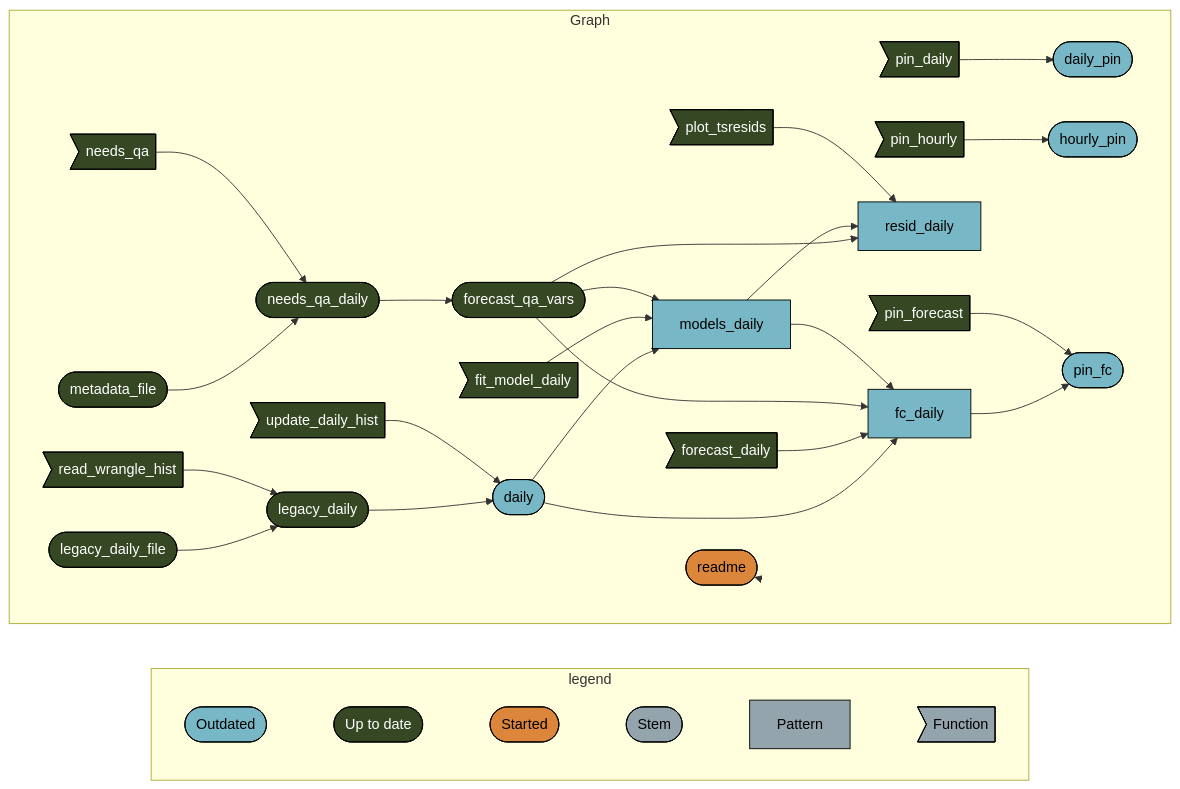
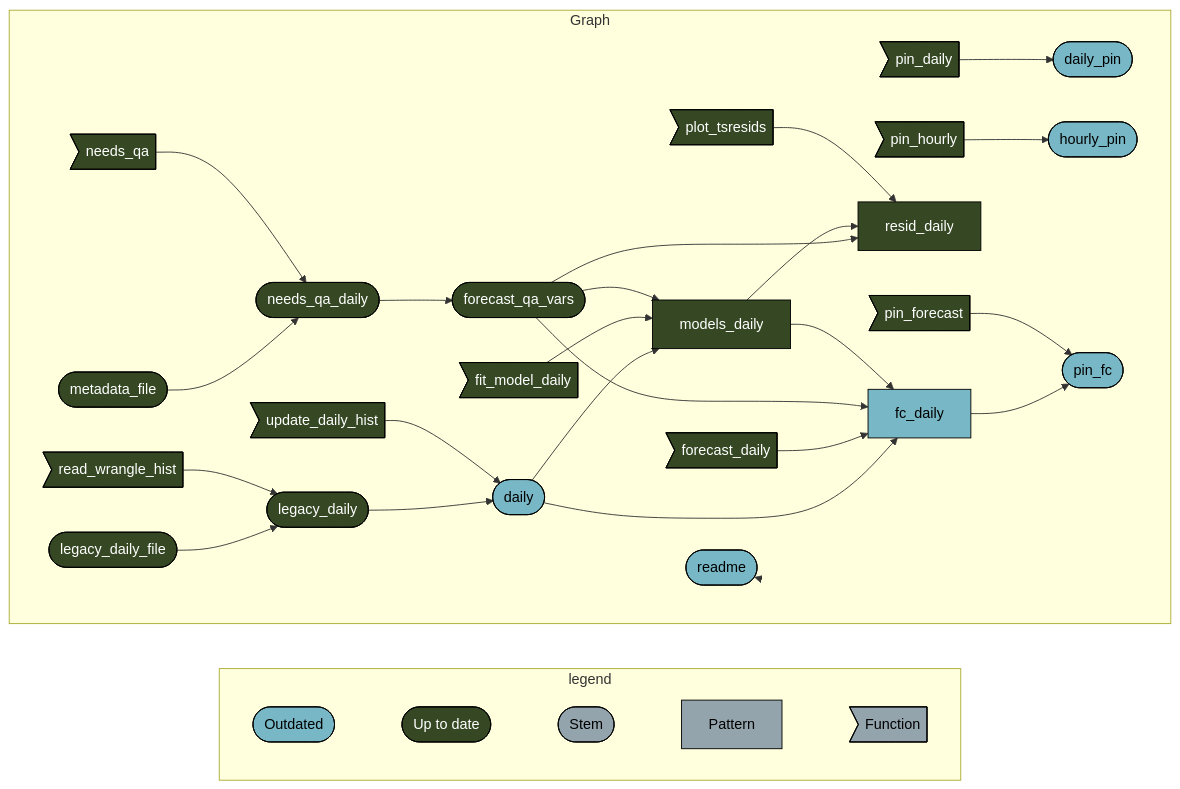
The diagram in README.md (uace-azmet/azmet-forecast-qa), drawn with Mermaid before and after one commit. The commit also changed other lines of this file and 2 other files, not shown here.

````diff
--- a/README.md
+++ b/README.md
@@ -56,46 +52,43 @@
 ``` mermaid
 graph LR
   subgraph legend
     direction LR
     x0a52b03877696646([""Outdated""]):::outdated --- x7420bd9270f8d27d([""Up to date""]):::uptodate
-    x7420bd9270f8d27d([""Up to date""]):::uptodate --- x5b3426b4c7fa7dbc([""Started""]):::started
-    x5b3426b4c7fa7dbc([""Started""]):::started --- xbf4603d6c2c2ad6b([""Stem""]):::none
+    x7420bd9270f8d27d([""Up to date""]):::uptodate --- xbf4603d6c2c2ad6b([""Stem""]):::none
     xbf4603d6c2c2ad6b([""Stem""]):::none --- x70a5fa6bea6f298d[""Pattern""]:::none
     x70a5fa6bea6f298d[""Pattern""]:::none --- xf0bce276fe2b9d3e>""Function""]:::none
   end
   subgraph Graph
     direction LR
     x77849b39697a3636>"pin_daily"]:::uptodate --> xfdd8393239dc060b(["daily_pin"]):::outdated
     x077876839e5cc13d>"pin_hourly"]:::uptodate --> x35480c72297980cb(["hourly_pin"]):::outdated
-    x601d3b0e7d261371(["forecast_qa_vars"]):::uptodate --> x0bb4ecca77d3d4a0["resid_daily"]:::outdated
-    x4d3c4dcfeadc796d["models_daily"]:::outdated --> x0bb4ecca77d3d4a0["resid_daily"]:::outdated
-    x10e889bcd8b0fd60>"plot_tsresids"]:::uptodate --> x0bb4ecca77d3d4a0["resid_daily"]:::outdated
+    x601d3b0e7d261371(["forecast_qa_vars"]):::uptodate --> x0bb4ecca77d3d4a0["resid_daily"]:::uptodate
+    x4d3c4dcfeadc796d["models_daily"]:::uptodate --> x0bb4ecca77d3d4a0["resid_daily"]:::uptodate
+    x10e889bcd8b0fd60>"plot_tsresids"]:::uptodate --> x0bb4ecca77d3d4a0["resid_daily"]:::uptodate
     x1920bdb737e11d2e(["legacy_daily_file"]):::uptodate --> xff9b736edef41c8b(["legacy_daily"]):::uptodate
     x842666df821db265>"read_wrangle_hist"]:::uptodate --> xff9b736edef41c8b(["legacy_daily"]):::uptodate
-    x6233d5fdb54d5242(["daily"]):::outdated --> x4d3c4dcfeadc796d["models_daily"]:::outdated
-    x1f5572089e80d919>"fit_model_daily"]:::uptodate --> x4d3c4dcfeadc796d["models_daily"]:::outdated
-    x601d3b0e7d261371(["forecast_qa_vars"]):::uptodate --> x4d3c4dcfeadc796d["models_daily"]:::outdated
+    x6233d5fdb54d5242(["daily"]):::outdated --> x4d3c4dcfeadc796d["models_daily"]:::uptodate
+    x1f5572089e80d919>"fit_model_daily"]:::uptodate --> x4d3c4dcfeadc796d["models_daily"]:::uptodate
+    x601d3b0e7d261371(["forecast_qa_vars"]):::uptodate --> x4d3c4dcfeadc796d["models_daily"]:::uptodate
     xdd96ec4b0bb5ab6b["fc_daily"]:::outdated --> x8f5c47b9b7da7e75(["pin_fc"]):::outdated
     x82c22abbb211b5ee>"pin_forecast"]:::uptodate --> x8f5c47b9b7da7e75(["pin_fc"]):::outdated
     x6233d5fdb54d5242(["daily"]):::outdated --> xdd96ec4b0bb5ab6b["fc_daily"]:::outdated
     x4bc7352f98499683>"forecast_daily"]:::uptodate --> xdd96ec4b0bb5ab6b["fc_daily"]:::outdated
     x601d3b0e7d261371(["forecast_qa_vars"]):::uptodate --> xdd96ec4b0bb5ab6b["fc_daily"]:::outdated
-    x4d3c4dcfeadc796d["models_daily"]:::outdated --> xdd96ec4b0bb5ab6b["fc_daily"]:::outdated
+    x4d3c4dcfeadc796d["models_daily"]:::uptodate --> xdd96ec4b0bb5ab6b["fc_daily"]:::outdated
     x3d7b2a2ab5636113(["metadata_file"]):::uptodate --> xdfae9ea4e5207cef(["needs_qa_daily"]):::uptodate
     x06ab7116eed66f15>"needs_qa"]:::uptodate --> xdfae9ea4e5207cef(["needs_qa_daily"]):::uptodate
     xff9b736edef41c8b(["legacy_daily"]):::uptodate --> x6233d5fdb54d5242(["daily"]):::outdated
     x8b3096a190996662>"update_daily_hist"]:::uptodate --> x6233d5fdb54d5242(["daily"]):::outdated
     xdfae9ea4e5207cef(["needs_qa_daily"]):::uptodate --> x601d3b0e7d261371(["forecast_qa_vars"]):::uptodate
-    x6e52cb0f1668cc22(["readme"]):::started --> x6e52cb0f1668cc22(["readme"]):::started
+    x6e52cb0f1668cc22(["readme"]):::outdated --> x6e52cb0f1668cc22(["readme"]):::outdated
   end
   classDef outdated stroke:#000000,color:#000000,fill:#78B7C5;
   classDef uptodate stroke:#000000,color:#ffffff,fill:#354823;
-  classDef started stroke:#000000,color:#000000,fill:#DC863B;
   classDef none stroke:#000000,color:#000000,fill:#94a4ac;
   linkStyle 0 stroke-width:0px;
   linkStyle 1 stroke-width:0px;
   linkStyle 2 stroke-width:0px;
   linkStyle 3 stroke-width:0px;
-  linkStyle 4 stroke-width:0px;
-  linkStyle 26 stroke-width:0px;
+  linkStyle 25 stroke-width:0px;
 ```
````
